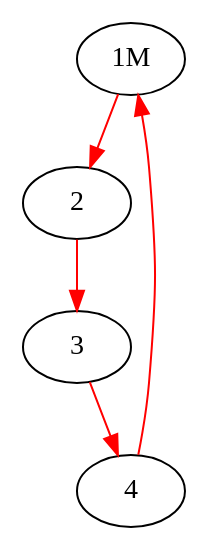
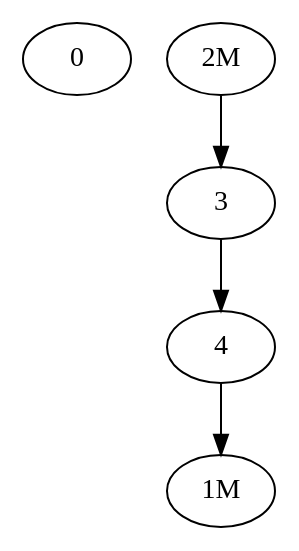
The diagram in DGC/testcase1-out/testcase1-out_gv11.gv (perpetualcoder/DistGC), drawn with Graphviz before and after one commit. The commit also changed 39 other files, not shown here.

```diff
--- a/DGC/testcase1-out/testcase1-out_gv11.gv
+++ b/DGC/testcase1-out/testcase1-out_gv11.gv
@@ -1,14 +1,7 @@
 Digraph G {
-edge [color=red];
-"1M"->2;
-edge [color=black];
-edge [color=red];
-2->3;
-edge [color=black];
-edge [color=red];
+0;
+"1M";
+"2M"->3;
 3->4;
-edge [color=black];
-edge [color=red];
 4->"1M";
-edge [color=black];
 }
```
